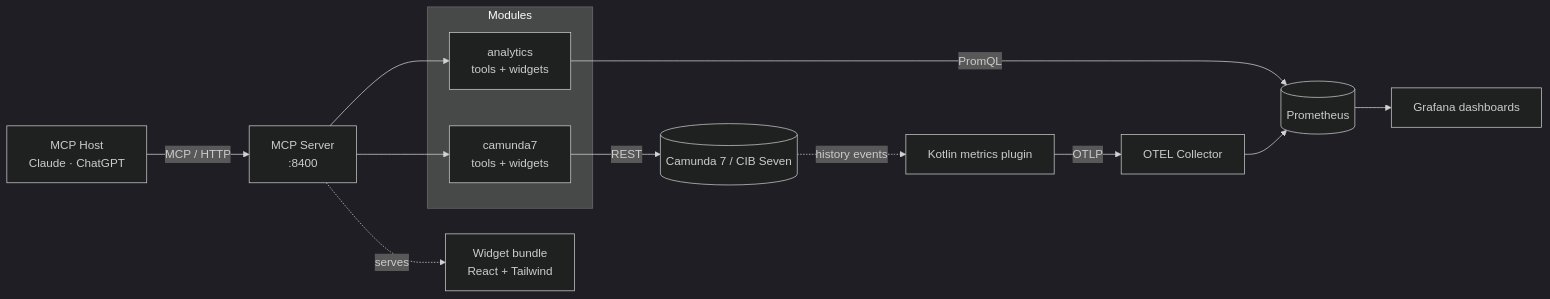
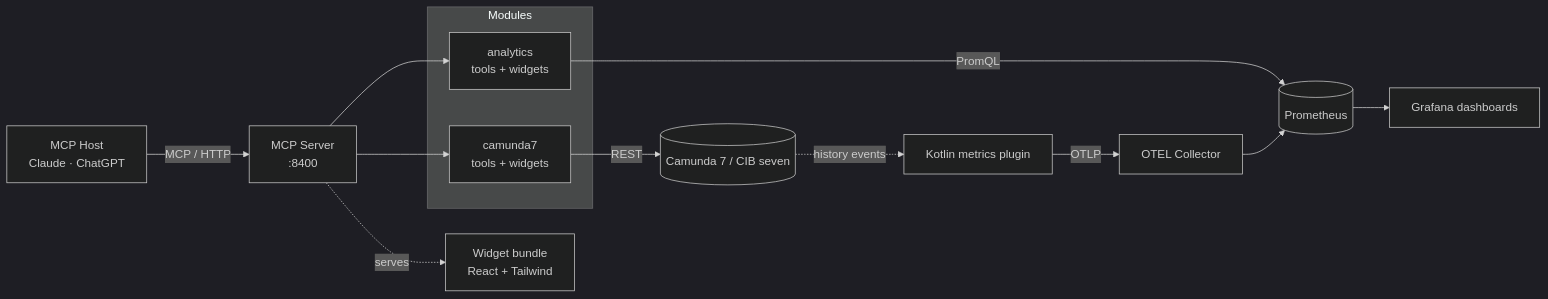
Before and after one commit to Miragon/miragon-ai: the diagram in docs/architecture.md, drawn with Mermaid (dark theme). The commit also changed other lines of this file and 44 other files, not shown here.

````diff
--- a/docs/architecture.md
+++ b/docs/architecture.md
@@ -11,22 +10,22 @@
 ```mermaid
 flowchart LR
   Host[MCP Host<br/>Claude · ChatGPT] -->|MCP / HTTP| Server[MCP Server<br/>:8400]
 
   subgraph Modules
     Camunda7[camunda7<br/>tools + widgets]
     Analytics[analytics<br/>tools + widgets]
   end
 
   Server --> Camunda7
   Server --> Analytics
 
-  Camunda7 -->|REST| Engine[(Camunda 7 / CIB Seven)]
+  Camunda7 -->|REST| Engine[(Camunda 7 / CIB seven)]
   Analytics -->|PromQL| Prom[(Prometheus)]
 
   Engine -. history events .-> Plugin[Kotlin metrics plugin]
   Plugin -- OTLP --> Collector[OTEL Collector]
   Collector --> Prom
   Prom --> Grafana[Grafana dashboards]
 
   Server -. serves .-> Widgets[Widget bundle<br/>React + Tailwind]
 ```
````
